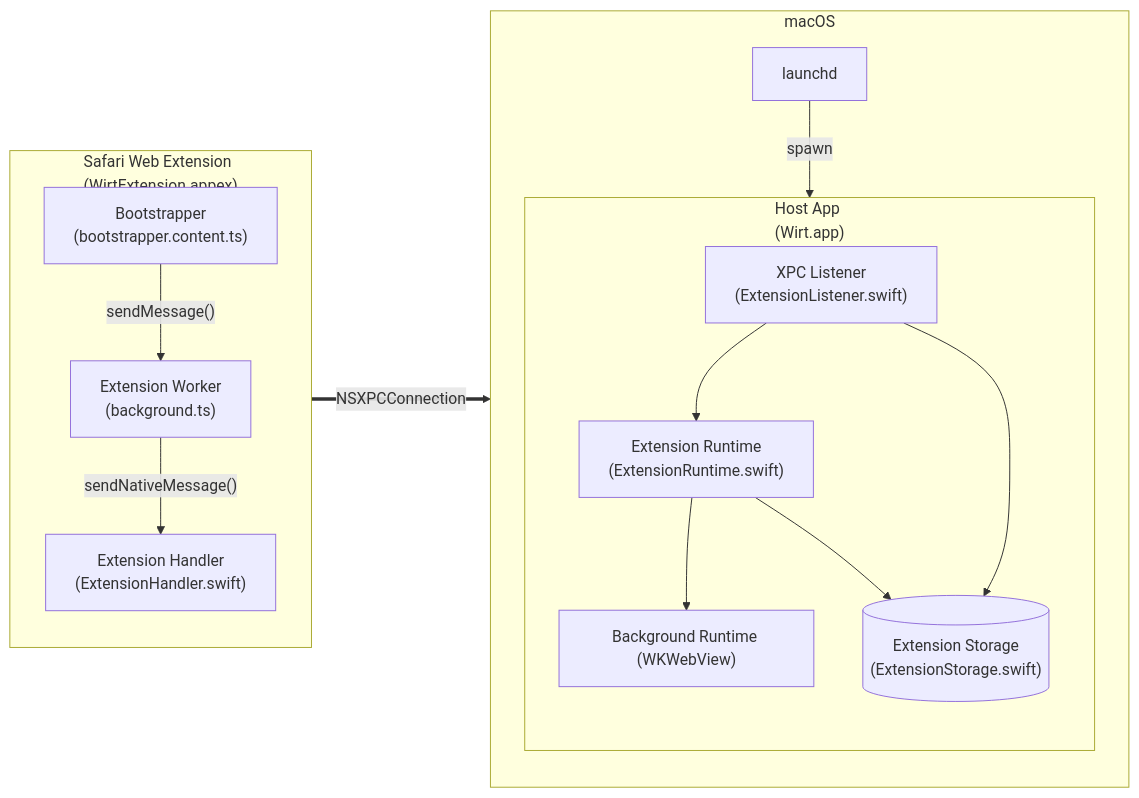
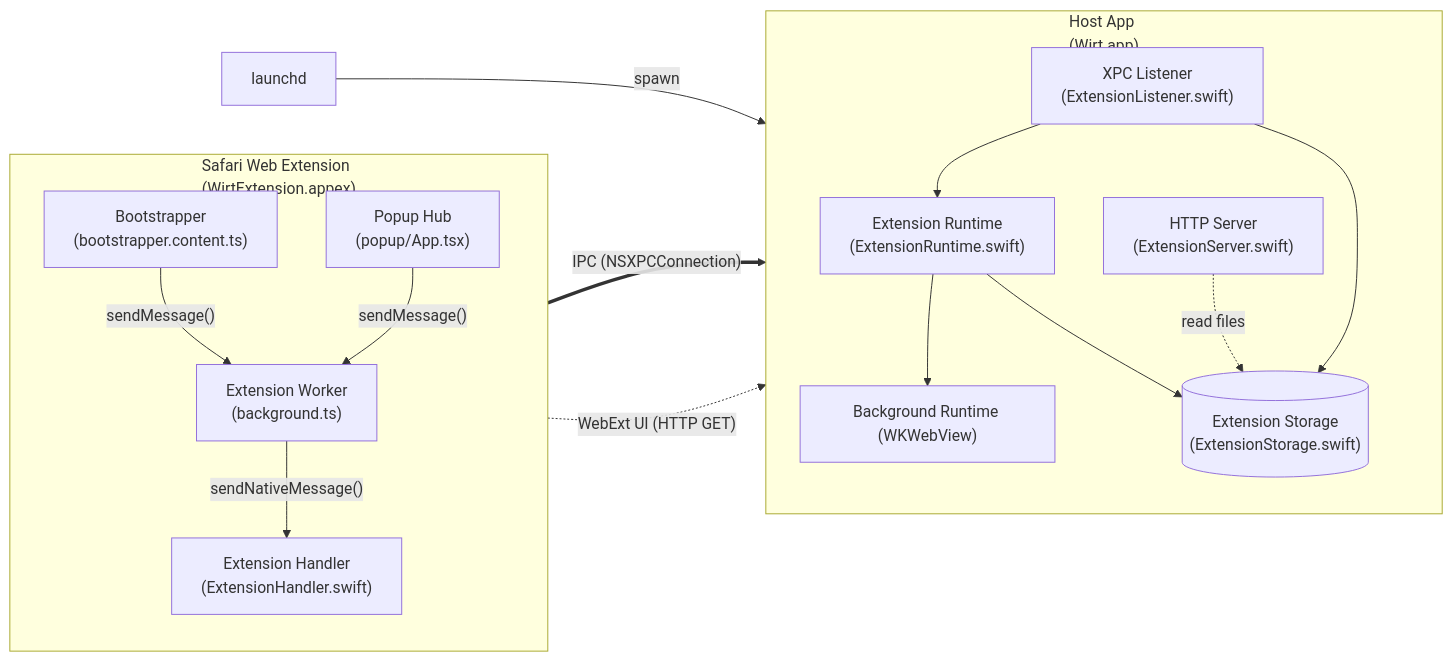
The first of 7 diagrams in docs/architecture.md (easonwong-de/Wirt), drawn with Mermaid before and after one commit. The commit also changed other lines of this file and 9 other files, not shown here.

Commit message:
feat: serve extension popups via local HTTP server

````diff
--- a/docs/architecture.md
+++ b/docs/architecture.md
@@ -9,30 +7,33 @@
 ```mermaid
 flowchart LR
     subgraph Safari["Safari Web Extension<br/>(WirtExtension.appex)"]
         direction TB
         Boot["Bootstrapper<br/>(bootstrapper.content.ts)"]
         Worker["Extension Worker<br/>(background.ts)"]
         Handler["Extension Handler<br/>(ExtensionHandler.swift)"]
+        Hub["Popup Hub<br/>(popup/App.tsx)"]
         Boot -->|"sendMessage()"| Worker
+        Hub -->|"sendMessage()"| Worker
         Worker -->|"sendNativeMessage()"| Handler
     end
 
-    subgraph MacOS["macOS"]
+    Launchd["launchd"]
+
+    subgraph Host["Host App<br/>(Wirt.app)"]
         direction TB
-        Launchd["launchd"]
-        subgraph Host["Host App<br/>(Wirt.app)"]
-            direction TB
-            Listener["XPC Listener<br/>(ExtensionListener.swift)"]
-            Supervisor["Extension Runtime<br/>(ExtensionRuntime.swift)"]
-            Runtime["Background Runtime (WKWebView)"]
-            Storage[("Extension Storage<br/>(ExtensionStorage.swift)")]
-            Listener --> Supervisor
-            Supervisor --> Runtime
-            Listener --> Storage
-            Supervisor --> Storage
-        end
-        Launchd -->|"spawn"| Host
+        Listener["XPC Listener<br/>(ExtensionListener.swift)"]
+        Server["HTTP Server<br/>(ExtensionServer.swift)"]
+        Supervisor["Extension Runtime<br/>(ExtensionRuntime.swift)"]
+        Runtime["Background Runtime (WKWebView)"]
+        Storage[("Extension Storage<br/>(ExtensionStorage.swift)")]
+        Listener --> Supervisor
+        Supervisor --> Runtime
+        Listener --> Storage
+        Supervisor --> Storage
+        Server -.->|"read files"| Storage
     end
 
-    Safari ==>|"NSXPCConnection"| MacOS
+    Launchd -->|"spawn"| Host
+    Safari ==>|"IPC (NSXPCConnection)"| Host
+    Safari -.->|"WebExt UI (HTTP GET)"| Host
 ```
````
